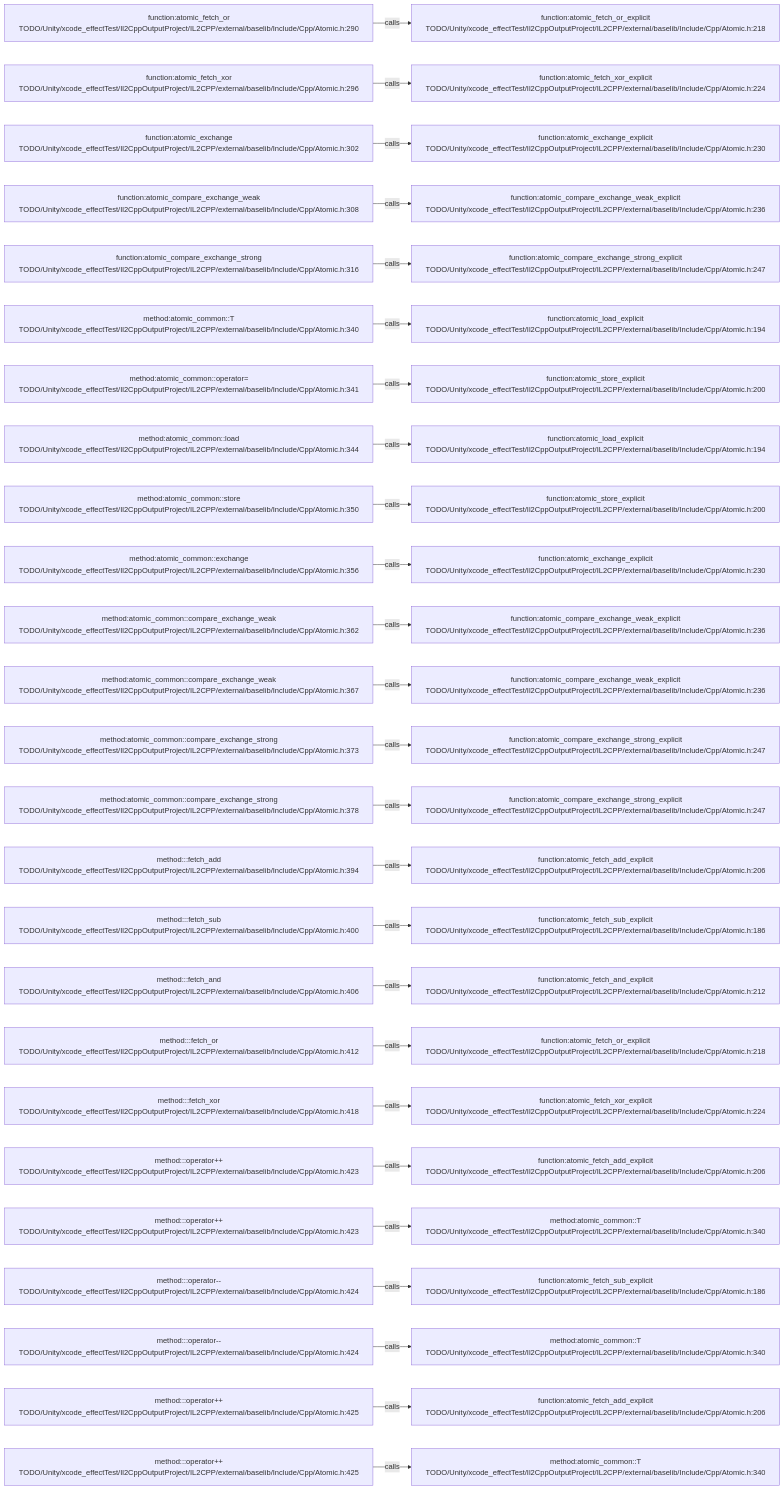
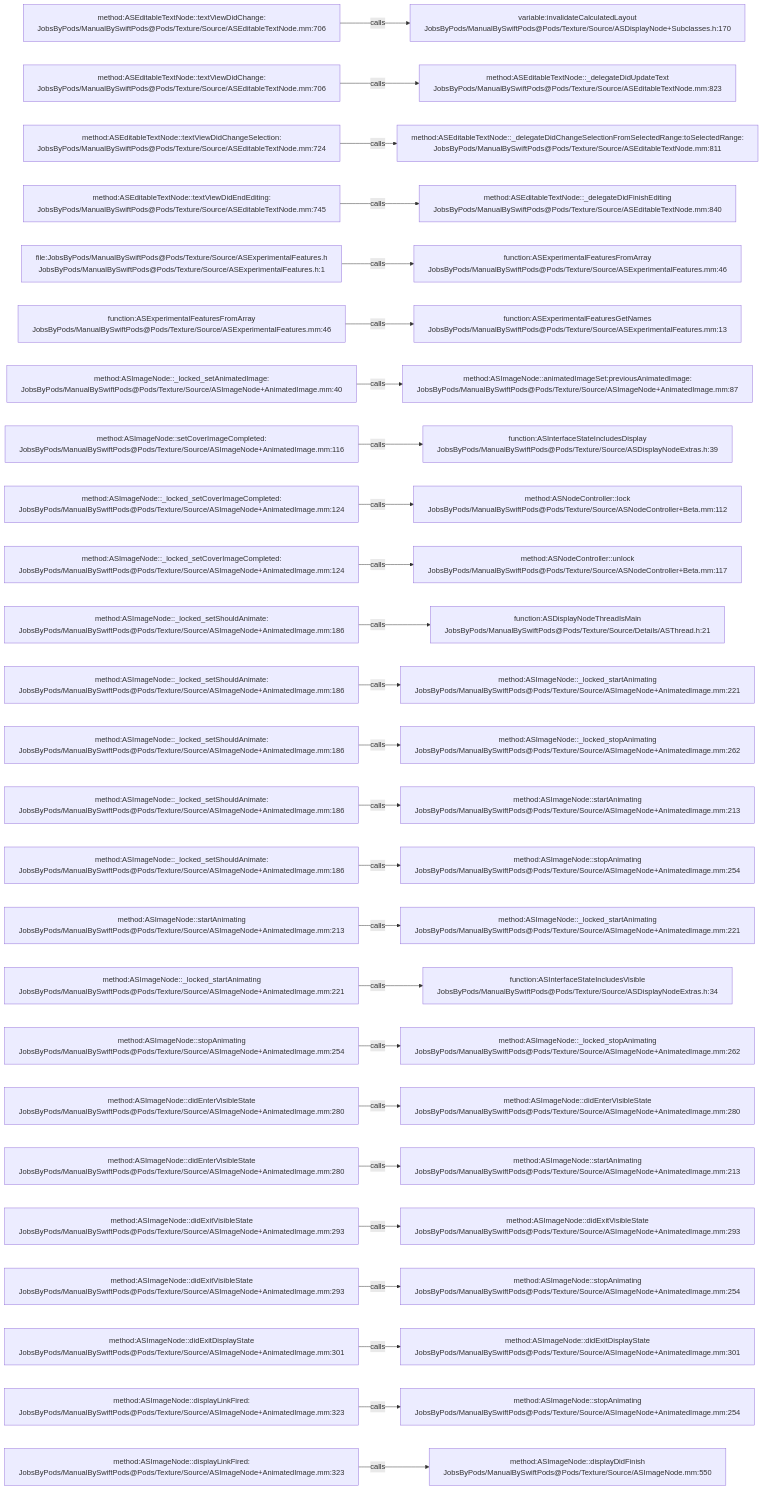
The diagram in .codegraph/codegraph.md/graphs/calls-059.md (JobsKits/JobsSwiftBaseConfigDemo), drawn with Mermaid before and after one commit. The commit also changed 2959 other files, not shown here.

````diff
--- a/.codegraph/codegraph.md/graphs/calls-059.md
+++ b/.codegraph/codegraph.md/graphs/calls-059.md
@@ -13,78 +13,78 @@
 ```mermaid
 flowchart LR
-  S1["function:atomic_fetch_or<br/>TODO/Unity/xcode_effectTest/Il2CppOutputProject/IL2CPP/external/baselib/Include/Cpp/Atomic.h:290"]
-  T1["function:atomic_fetch_or_explicit<br/>TODO/Unity/xcode_effectTest/Il2CppOutputProject/IL2CPP/external/baselib/Include/Cpp/Atomic.h:218"]
+  S1["method:ASEditableTextNode::textViewDidChange:<br/>JobsByPods/ManualBySwiftPods@Pods/Texture/Source/ASEditableTextNode.mm:706"]
+  T1["variable:invalidateCalculatedLayout<br/>JobsByPods/ManualBySwiftPods@Pods/Texture/Source/ASDisplayNode+Subclasses.h:170"]
   S1 -->|calls| T1
-  S2["function:atomic_fetch_xor<br/>TODO/Unity/xcode_effectTest/Il2CppOutputProject/IL2CPP/external/baselib/Include/Cpp/Atomic.h:296"]
-  T2["function:atomic_fetch_xor_explicit<br/>TODO/Unity/xcode_effectTest/Il2CppOutputProject/IL2CPP/external/baselib/Include/Cpp/Atomic.h:224"]
+  S2["method:ASEditableTextNode::textViewDidChange:<br/>JobsByPods/ManualBySwiftPods@Pods/Texture/Source/ASEditableTextNode.mm:706"]
+  T2["method:ASEditableTextNode::_delegateDidUpdateText<br/>JobsByPods/ManualBySwiftPods@Pods/Texture/Source/ASEditableTextNode.mm:823"]
   S2 -->|calls| T2
-  S3["function:atomic_exchange<br/>TODO/Unity/xcode_effectTest/Il2CppOutputProject/IL2CPP/external/baselib/Include/Cpp/Atomic.h:302"]
-  T3["function:atomic_exchange_explicit<br/>TODO/Unity/xcode_effectTest/Il2CppOutputProject/IL2CPP/external/baselib/Include/Cpp/Atomic.h:230"]
+  S3["method:ASEditableTextNode::textViewDidChangeSelection:<br/>JobsByPods/ManualBySwiftPods@Pods/Texture/Source/ASEditableTextNode.mm:724"]
+  T3["method:ASEditableTextNode::_delegateDidChangeSelectionFromSelectedRange:toSelectedRange:<br/>JobsByPods/ManualBySwiftPods@Pods/Texture/Source/ASEditableTextNode.mm:811"]
   S3 -->|calls| T3
-  S4["function:atomic_compare_exchange_weak<br/>TODO/Unity/xcode_effectTest/Il2CppOutputProject/IL2CPP/external/baselib/Include/Cpp/Atomic.h:308"]
-  T4["function:atomic_compare_exchange_weak_explicit<br/>TODO/Unity/xcode_effectTest/Il2CppOutputProject/IL2CPP/external/baselib/Include/Cpp/Atomic.h:236"]
+  S4["method:ASEditableTextNode::textViewDidEndEditing:<br/>JobsByPods/ManualBySwiftPods@Pods/Texture/Source/ASEditableTextNode.mm:745"]
+  T4["method:ASEditableTextNode::_delegateDidFinishEditing<br/>JobsByPods/ManualBySwiftPods@Pods/Texture/Source/ASEditableTextNode.mm:840"]
   S4 -->|calls| T4
-  S5["function:atomic_compare_exchange_strong<br/>TODO/Unity/xcode_effectTest/Il2CppOutputProject/IL2CPP/external/baselib/Include/Cpp/Atomic.h:316"]
-  T5["function:atomic_compare_exchange_strong_explicit<br/>TODO/Unity/xcode_effectTest/Il2CppOutputProject/IL2CPP/external/baselib/Include/Cpp/Atomic.h:247"]
+  S5["file:JobsByPods/ManualBySwiftPods@Pods/Texture/Source/ASExperimentalFeatures.h<br/>JobsByPods/ManualBySwiftPods@Pods/Texture/Source/ASExperimentalFeatures.h:1"]
+  T5["function:ASExperimentalFeaturesFromArray<br/>JobsByPods/ManualBySwiftPods@Pods/Texture/Source/ASExperimentalFeatures.mm:46"]
   S5 -->|calls| T5
-  S6["method:atomic_common::T<br/>TODO/Unity/xcode_effectTest/Il2CppOutputProject/IL2CPP/external/baselib/Include/Cpp/Atomic.h:340"]
-  T6["function:atomic_load_explicit<br/>TODO/Unity/xcode_effectTest/Il2CppOutputProject/IL2CPP/external/baselib/Include/Cpp/Atomic.h:194"]
+  S6["function:ASExperimentalFeaturesFromArray<br/>JobsByPods/ManualBySwiftPods@Pods/Texture/Source/ASExperimentalFeatures.mm:46"]
+  T6["function:ASExperimentalFeaturesGetNames<br/>JobsByPods/ManualBySwiftPods@Pods/Texture/Source/ASExperimentalFeatures.mm:13"]
   S6 -->|calls| T6
-  S7["method:atomic_common::operator=<br/>TODO/Unity/xcode_effectTest/Il2CppOutputProject/IL2CPP/external/baselib/Include/Cpp/Atomic.h:341"]
-  T7["function:atomic_store_explicit<br/>TODO/Unity/xcode_effectTest/Il2CppOutputProject/IL2CPP/external/baselib/Include/Cpp/Atomic.h:200"]
+  S7["method:ASImageNode::_locked_setAnimatedImage:<br/>JobsByPods/ManualBySwiftPods@Pods/Texture/Source/ASImageNode+AnimatedImage.mm:40"]
+  T7["method:ASImageNode::animatedImageSet:previousAnimatedImage:<br/>JobsByPods/ManualBySwiftPods@Pods/Texture/Source/ASImageNode+AnimatedImage.mm:87"]
   S7 -->|calls| T7
-  S8["method:atomic_common::load<br/>TODO/Unity/xcode_effectTest/Il2CppOutputProject/IL2CPP/external/baselib/Include/Cpp/Atomic.h:344"]
-  T8["function:atomic_load_explicit<br/>TODO/Unity/xcode_effectTest/Il2CppOutputProject/IL2CPP/external/baselib/Include/Cpp/Atomic.h:194"]
+  S8["method:ASImageNode::setCoverImageCompleted:<br/>JobsByPods/ManualBySwiftPods@Pods/Texture/Source/ASImageNode+AnimatedImage.mm:116"]
+  T8["function:ASInterfaceStateIncludesDisplay<br/>JobsByPods/ManualBySwiftPods@Pods/Texture/Source/ASDisplayNodeExtras.h:39"]
   S8 -->|calls| T8
-  S9["method:atomic_common::store<br/>TODO/Unity/xcode_effectTest/Il2CppOutputProject/IL2CPP/external/baselib/Include/Cpp/Atomic.h:350"]
-  T9["function:atomic_store_explicit<br/>TODO/Unity/xcode_effectTest/Il2CppOutputProject/IL2CPP/external/baselib/Include/Cpp/Atomic.h:200"]
+  S9["method:ASImageNode::_locked_setCoverImageCompleted:<br/>JobsByPods/ManualBySwiftPods@Pods/Texture/Source/ASImageNode+AnimatedImage.mm:124"]
+  T9["method:ASNodeController::lock<br/>JobsByPods/ManualBySwiftPods@Pods/Texture/Source/ASNodeController+Beta.mm:112"]
   S9 -->|calls| T9
-  S10["method:atomic_common::exchange<br/>TODO/Unity/xcode_effectTest/Il2CppOutputProject/IL2CPP/external/baselib/Include/Cpp/Atomic.h:356"]
-  T10["function:atomic_exchange_explicit<br/>TODO/Unity/xcode_effectTest/Il2CppOutputProject/IL2CPP/external/baselib/Include/Cpp/Atomic.h:230"]
+  S10["method:ASImageNode::_locked_setCoverImageCompleted:<br/>JobsByPods/ManualBySwiftPods@Pods/Texture/Source/ASImageNode+AnimatedImage.mm:124"]
+  T10["method:ASNodeController::unlock<br/>JobsByPods/ManualBySwiftPods@Pods/Texture/Source/ASNodeController+Beta.mm:117"]
   S10 -->|calls| T10
-  S11["method:atomic_common::compare_exchange_weak<br/>TODO/Unity/xcode_effectTest/Il2CppOutputProject/IL2CPP/external/baselib/Include/Cpp/Atomic.h:362"]
-  T11["function:atomic_compare_exchange_weak_explicit<br/>TODO/Unity/xcode_effectTest/Il2CppOutputProject/IL2CPP/external/baselib/Include/Cpp/Atomic.h:236"]
+  S11["method:ASImageNode::_locked_setShouldAnimate:<br/>JobsByPods/ManualBySwiftPods@Pods/Texture/Source/ASImageNode+AnimatedImage.mm:186"]
+  T11["function:ASDisplayNodeThreadIsMain<br/>JobsByPods/ManualBySwiftPods@Pods/Texture/Source/Details/ASThread.h:21"]
   S11 -->|calls| T11
-  S12["method:atomic_common::compare_exchange_weak<br/>TODO/Unity/xcode_effectTest/Il2CppOutputProject/IL2CPP/external/baselib/Include/Cpp/Atomic.h:367"]
-  T12["function:atomic_compare_exchange_weak_explicit<br/>TODO/Unity/xcode_effectTest/Il2CppOutputProject/IL2CPP/external/baselib/Include/Cpp/Atomic.h:236"]
+  S12["method:ASImageNode::_locked_setShouldAnimate:<br/>JobsByPods/ManualBySwiftPods@Pods/Texture/Source/ASImageNode+AnimatedImage.mm:186"]
+  T12["method:ASImageNode::_locked_startAnimating<br/>JobsByPods/ManualBySwiftPods@Pods/Texture/Source/ASImageNode+AnimatedImage.mm:221"]
   S12 -->|calls| T12
-  S13["method:atomic_common::compare_exchange_strong<br/>TODO/Unity/xcode_effectTest/Il2CppOutputProject/IL2CPP/external/baselib/Include/Cpp/Atomic.h:373"]
-  T13["function:atomic_compare_exchange_strong_explicit<br/>TODO/Unity/xcode_effectTest/Il2CppOutputProject/IL2CPP/external/baselib/Include/Cpp/Atomic.h:247"]
+  S13["method:ASImageNode::_locked_setShouldAnimate:<br/>JobsByPods/ManualBySwiftPods@Pods/Texture/Source/ASImageNode+AnimatedImage.mm:186"]
+  T13["method:ASImageNode::_locked_stopAnimating<br/>JobsByPods/ManualBySwiftPods@Pods/Texture/Source/ASImageNode+AnimatedImage.mm:262"]
   S13 -->|calls| T13
-  S14["method:atomic_common::compare_exchange_strong<br/>TODO/Unity/xcode_effectTest/Il2CppOutputProject/IL2CPP/external/baselib/Include/Cpp/Atomic.h:378"]
-  T14["function:atomic_compare_exchange_strong_explicit<br/>TODO/Unity/xcode_effectTest/Il2CppOutputProject/IL2CPP/external/baselib/Include/Cpp/Atomic.h:247"]
+  S14["method:ASImageNode::_locked_setShouldAnimate:<br/>JobsByPods/ManualBySwiftPods@Pods/Texture/Source/ASImageNode+AnimatedImage.mm:186"]
+  T14["method:ASImageNode::startAnimating<br/>JobsByPods/ManualBySwiftPods@Pods/Texture/Source/ASImageNode+AnimatedImage.mm:213"]
   S14 -->|calls| T14
-  S15["method:<anonymous>::fetch_add<br/>TODO/Unity/xcode_effectTest/Il2CppOutputProject/IL2CPP/external/baselib/Include/Cpp/Atomic.h:394"]
-  T15["function:atomic_fetch_add_explicit<br/>TODO/Unity/xcode_effectTest/Il2CppOutputProject/IL2CPP/external/baselib/Include/Cpp/Atomic.h:206"]
+  S15["method:ASImageNode::_locked_setShouldAnimate:<br/>JobsByPods/ManualBySwiftPods@Pods/Texture/Source/ASImageNode+AnimatedImage.mm:186"]
+  T15["method:ASImageNode::stopAnimating<br/>JobsByPods/ManualBySwiftPods@Pods/Texture/Source/ASImageNode+AnimatedImage.mm:254"]
   S15 -->|calls| T15
-  S16["method:<anonymous>::fetch_sub<br/>TODO/Unity/xcode_effectTest/Il2CppOutputProject/IL2CPP/external/baselib/Include/Cpp/Atomic.h:400"]
-  T16["function:atomic_fetch_sub_explicit<br/>TODO/Unity/xcode_effectTest/Il2CppOutputProject/IL2CPP/external/baselib/Include/Cpp/Atomic.h:186"]
+  S16["method:ASImageNode::startAnimating<br/>JobsByPods/ManualBySwiftPods@Pods/Texture/Source/ASImageNode+AnimatedImage.mm:213"]
+  T16["method:ASImageNode::_locked_startAnimating<br/>JobsByPods/ManualBySwiftPods@Pods/Texture/Source/ASImageNode+AnimatedImage.mm:221"]
   S16 -->|calls| T16
-  S17["method:<anonymous>::fetch_and<br/>TODO/Unity/xcode_effectTest/Il2CppOutputProject/IL2CPP/external/baselib/Include/Cpp/Atomic.h:406"]
-  T17["function:atomic_fetch_and_explicit<br/>TODO/Unity/xcode_effectTest/Il2CppOutputProject/IL2CPP/external/baselib/Include/Cpp/Atomic.h:212"]
+  S17["method:ASImageNode::_locked_startAnimating<br/>JobsByPods/ManualBySwiftPods@Pods/Texture/Source/ASImageNode+AnimatedImage.mm:221"]
+  T17["function:ASInterfaceStateIncludesVisible<br/>JobsByPods/ManualBySwiftPods@Pods/Texture/Source/ASDisplayNodeExtras.h:34"]
   S17 -->|calls| T17
-  S18["method:<anonymous>::fetch_or<br/>TODO/Unity/xcode_effectTest/Il2CppOutputProject/IL2CPP/external/baselib/Include/Cpp/Atomic.h:412"]
-  T18["function:atomic_fetch_or_explicit<br/>TODO/Unity/xcode_effectTest/Il2CppOutputProject/IL2CPP/external/baselib/Include/Cpp/Atomic.h:218"]
+  S18["method:ASImageNode::stopAnimating<br/>JobsByPods/ManualBySwiftPods@Pods/Texture/Source/ASImageNode+AnimatedImage.mm:254"]
+  T18["method:ASImageNode::_locked_stopAnimating<br/>JobsByPods/ManualBySwiftPods@Pods/Texture/Source/ASImageNode+AnimatedImage.mm:262"]
   S18 -->|calls| T18
-  S19["method:<anonymous>::fetch_xor<br/>TODO/Unity/xcode_effectTest/Il2CppOutputProject/IL2CPP/external/baselib/Include/Cpp/Atomic.h:418"]
-  T19["function:atomic_fetch_xor_explicit<br/>TODO/Unity/xcode_effectTest/Il2CppOutputProject/IL2CPP/external/baselib/Include/Cpp/Atomic.h:224"]
+  S19["method:ASImageNode::didEnterVisibleState<br/>JobsByPods/ManualBySwiftPods@Pods/Texture/Source/ASImageNode+AnimatedImage.mm:280"]
+  T19["method:ASImageNode::didEnterVisibleState<br/>JobsByPods/ManualBySwiftPods@Pods/Texture/Source/ASImageNode+AnimatedImage.mm:280"]
   S19 -->|calls| T19
-  S20["method:<anonymous>::operator++<br/>TODO/Unity/xcode_effectTest/Il2CppOutputProject/IL2CPP/external/baselib/Include/Cpp/Atomic.h:423"]
-  T20["function:atomic_fetch_add_explicit<br/>TODO/Unity/xcode_effectTest/Il2CppOutputProject/IL2CPP/external/baselib/Include/Cpp/Atomic.h:206"]
+  S20["method:ASImageNode::didEnterVisibleState<br/>JobsByPods/ManualBySwiftPods@Pods/Texture/Source/ASImageNode+AnimatedImage.mm:280"]
+  T20["method:ASImageNode::startAnimating<br/>JobsByPods/ManualBySwiftPods@Pods/Texture/Source/ASImageNode+AnimatedImage.mm:213"]
   S20 -->|calls| T20
-  S21["method:<anonymous>::operator++<br/>TODO/Unity/xcode_effectTest/Il2CppOutputProject/IL2CPP/external/baselib/Include/Cpp/Atomic.h:423"]
-  T21["method:atomic_common::T<br/>TODO/Unity/xcode_effectTest/Il2CppOutputProject/IL2CPP/external/baselib/Include/Cpp/Atomic.h:340"]
+  S21["method:ASImageNode::didExitVisibleState<br/>JobsByPods/ManualBySwiftPods@Pods/Texture/Source/ASImageNode+AnimatedImage.mm:293"]
+  T21["method:ASImageNode::didExitVisibleState<br/>JobsByPods/ManualBySwiftPods@Pods/Texture/Source/ASImageNode+AnimatedImage.mm:293"]
   S21 -->|calls| T21
-  S22["method:<anonymous>::operator--<br/>TODO/Unity/xcode_effectTest/Il2CppOutputProject/IL2CPP/external/baselib/Include/Cpp/Atomic.h:424"]
-  T22["function:atomic_fetch_sub_explicit<br/>TODO/Unity/xcode_effectTest/Il2CppOutputProject/IL2CPP/external/baselib/Include/Cpp/Atomic.h:186"]
+  S22["method:ASImageNode::didExitVisibleState<br/>JobsByPods/ManualBySwiftPods@Pods/Texture/Source/ASImageNode+AnimatedImage.mm:293"]
+  T22["method:ASImageNode::stopAnimating<br/>JobsByPods/ManualBySwiftPods@Pods/Texture/Source/ASImageNode+AnimatedImage.mm:254"]
   S22 -->|calls| T22
-  S23["method:<anonymous>::operator--<br/>TODO/Unity/xcode_effectTest/Il2CppOutputProject/IL2CPP/external/baselib/Include/Cpp/Atomic.h:424"]
-  T23["method:atomic_common::T<br/>TODO/Unity/xcode_effectTest/Il2CppOutputProject/IL2CPP/external/baselib/Include/Cpp/Atomic.h:340"]
+  S23["method:ASImageNode::didExitDisplayState<br/>JobsByPods/ManualBySwiftPods@Pods/Texture/Source/ASImageNode+AnimatedImage.mm:301"]
+  T23["method:ASImageNode::didExitDisplayState<br/>JobsByPods/ManualBySwiftPods@Pods/Texture/Source/ASImageNode+AnimatedImage.mm:301"]
   S23 -->|calls| T23
-  S24["method:<anonymous>::operator++<br/>TODO/Unity/xcode_effectTest/Il2CppOutputProject/IL2CPP/external/baselib/Include/Cpp/Atomic.h:425"]
-  T24["function:atomic_fetch_add_explicit<br/>TODO/Unity/xcode_effectTest/Il2CppOutputProject/IL2CPP/external/baselib/Include/Cpp/Atomic.h:206"]
+  S24["method:ASImageNode::displayLinkFired:<br/>JobsByPods/ManualBySwiftPods@Pods/Texture/Source/ASImageNode+AnimatedImage.mm:323"]
+  T24["method:ASImageNode::stopAnimating<br/>JobsByPods/ManualBySwiftPods@Pods/Texture/Source/ASImageNode+AnimatedImage.mm:254"]
   S24 -->|calls| T24
-  S25["method:<anonymous>::operator++<br/>TODO/Unity/xcode_effectTest/Il2CppOutputProject/IL2CPP/external/baselib/Include/Cpp/Atomic.h:425"]
-  T25["method:atomic_common::T<br/>TODO/Unity/xcode_effectTest/Il2CppOutputProject/IL2CPP/external/baselib/Include/Cpp/Atomic.h:340"]
+  S25["method:ASImageNode::displayLinkFired:<br/>JobsByPods/ManualBySwiftPods@Pods/Texture/Source/ASImageNode+AnimatedImage.mm:323"]
+  T25["method:ASImageNode::displayDidFinish<br/>JobsByPods/ManualBySwiftPods@Pods/Texture/Source/ASImageNode.mm:550"]
   S25 -->|calls| T25
 ```
````
